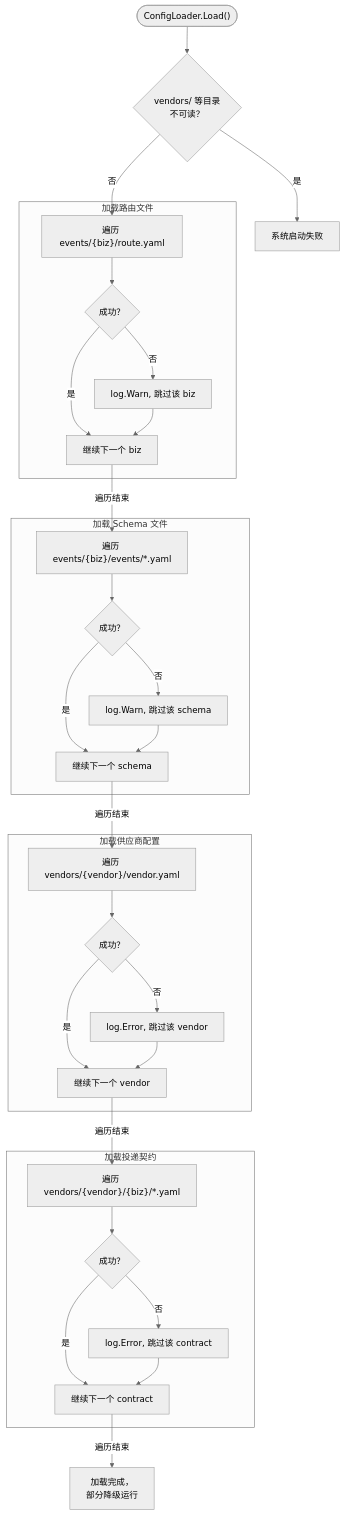
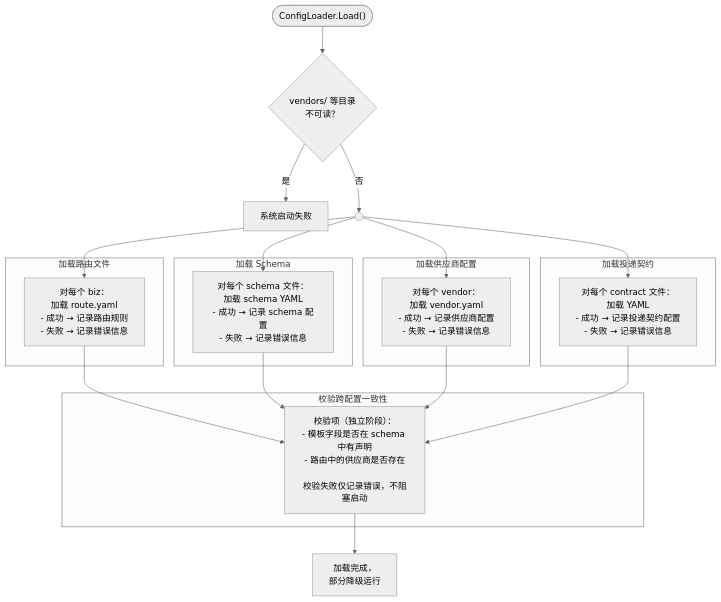
Diagram 19 of 21 in doc/requirements/202605-notification-design-dd.md (xnslong/rc_xnslong), drawn with Mermaid (neutral theme) before and after one commit. The commit also changed other lines of this file, not shown here.

First line of the commit message:
DD: 更新 §9.4 配置加载流程图，并行结构 + 错误记录到 dict + 独立校验阶段

````diff
--- a/doc/requirements/202605-notification-design-dd.md
+++ b/doc/requirements/202605-notification-design-dd.md
@@ -1918,60 +1918,45 @@
 ```mermaid
 flowchart TD
     START(["ConfigLoader.Load()"])
-    
+    GLOBAL_OK{"vendors/ 等目录\n不可读？"}
+    FATAL["系统启动失败"]
+    JOIN(( ))
+
+    START --> GLOBAL_OK
+    GLOBAL_OK -- "是" --> FATAL
+    GLOBAL_OK -- "否" --> JOIN
+
     subgraph ROUTE["加载路由文件"]
-        ROUTE_DIR["遍历 events/{biz}/route.yaml"]
-        ROUTE_OK{"成功？"}
-        ROUTE_SKIP["log.Warn, 跳过该 biz"]
-        ROUTE_NEXT["继续下一个 biz"]
+        R["对每个 biz：\n加载 route.yaml\n- 成功 → 记录路由规则\n- 失败 → 记录错误信息"]
     end
 
-    subgraph SCHEMA["加载 Schema 文件"]
-        SCHEMA_DIR["遍历 events/{biz}/events/*.yaml"]
-        SCHEMA_OK{"成功？"}
-        SCHEMA_SKIP["log.Warn, 跳过该 schema"]
-        SCHEMA_NEXT["继续下一个 schema"]
+    subgraph SCHEMA["加载 Schema"]
+        S["对每个 schema 文件：\n加载 schema YAML\n- 成功 → 记录 schema 配置\n- 失败 → 记录错误信息"]
     end
 
     subgraph VENDOR["加载供应商配置"]
-        VENDOR_DIR["遍历 vendors/{vendor}/vendor.yaml"]
-        VENDOR_OK{"成功？"}
-        VENDOR_SKIP["log.Error, 跳过该 vendor"]
-        VENDOR_NEXT["继续下一个 vendor"]
+        V["对每个 vendor：\n加载 vendor.yaml\n- 成功 → 记录供应商配置\n- 失败 → 记录错误信息"]
     end
 
     subgraph CONTRACT["加载投递契约"]
-        CONTRACT_DIR["遍历 vendors/{vendor}/{biz}/*.yaml"]
-        CONTRACT_OK{"成功？"}
-        CONTRACT_SKIP["log.Error, 跳过该 contract"]
-        CONTRACT_NEXT["继续下一个 contract"]
+        C["对每个 contract 文件：\n加载 YAML\n- 成功 → 记录投递契约配置\n- 失败 → 记录错误信息"]
     end
 
-    GLOBAL_OK{"vendors/ 等目录\n不可读？"}
+    subgraph VALIDATE["校验跨配置一致性"]
+        CHECK["校验项（独立阶段）：\n- 模板字段是否在 schema 中有声明\n- 路由中的供应商是否存在\n\n校验失败仅记录错误，不阻塞启动"]
+    end
+
     FINISH["加载完成，\n部分降级运行"]
-    FATAL["系统启动失败"]
 
-    START --> GLOBAL_OK
-    GLOBAL_OK -- "是" --> FATAL
-    GLOBAL_OK -- "否" --> ROUTE_DIR
-    ROUTE_DIR --> ROUTE_OK
-    ROUTE_OK -- "是" --> ROUTE_NEXT
-    ROUTE_OK -- "否" --> ROUTE_SKIP
-    ROUTE_NEXT -->|遍历结束| SCHEMA_DIR
-    ROUTE_SKIP --> ROUTE_NEXT
-    SCHEMA_DIR --> SCHEMA_OK
-    SCHEMA_OK -- "是" --> SCHEMA_NEXT
-    SCHEMA_OK -- "否" --> SCHEMA_SKIP
-    SCHEMA_NEXT -->|遍历结束| VENDOR_DIR
-    SCHEMA_SKIP --> SCHEMA_NEXT
-    VENDOR_DIR --> VENDOR_OK
-    VENDOR_OK -- "是" --> VENDOR_NEXT
-    VENDOR_OK -- "否" --> VENDOR_SKIP
-    VENDOR_NEXT -->|遍历结束| CONTRACT_DIR
-    VENDOR_SKIP --> VENDOR_NEXT
-    CONTRACT_DIR --> CONTRACT_OK
-    CONTRACT_OK -- "是" --> CONTRACT_NEXT
-    CONTRACT_OK -- "否" --> CONTRACT_SKIP
-    CONTRACT_NEXT -->|遍历结束| FINISH
-    CONTRACT_SKIP --> CONTRACT_NEXT
+    JOIN --> R
+    JOIN --> S
+    JOIN --> V
+    JOIN --> C
+
+    R --> CHECK
+    S --> CHECK
+    V --> CHECK
+    C --> CHECK
+
+    CHECK --> FINISH
 ```
````
